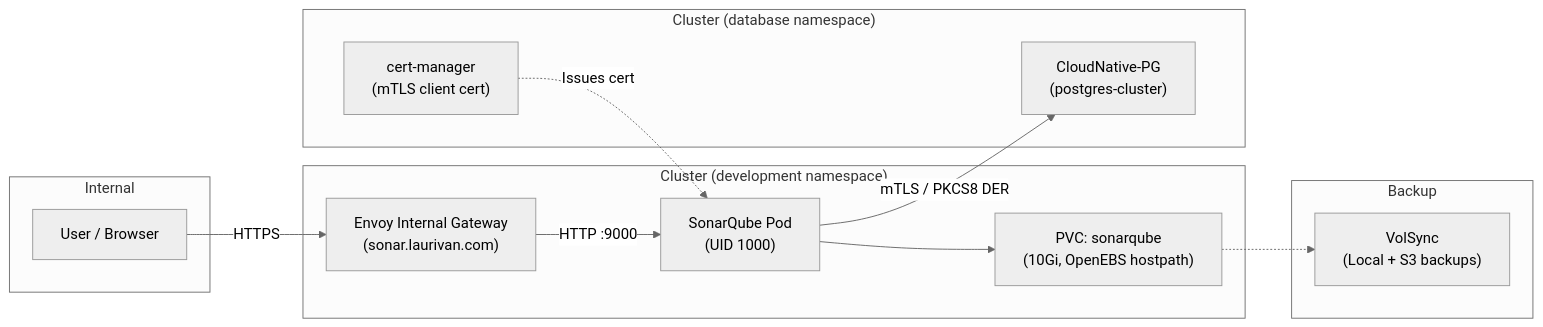
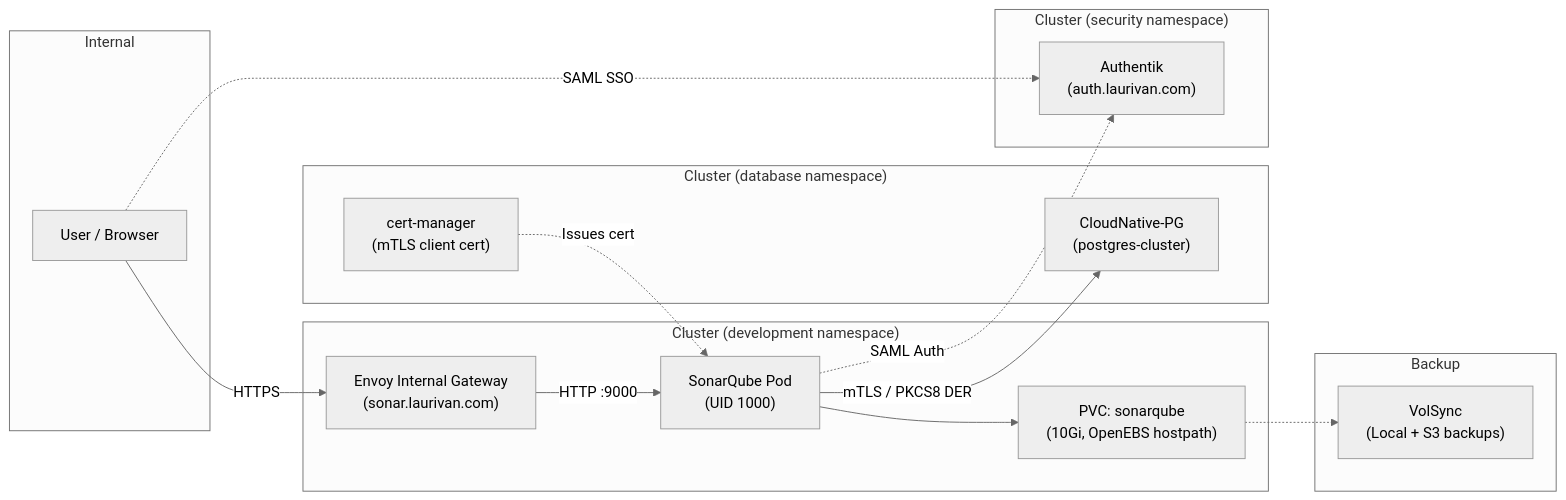
One commit to equinoxel/home-ops changed the diagram in kubernetes/apps/development/sonarqube/README.md. Above: the diagram before and after it, drawn with Mermaid (neutral theme). The commit also changed other lines of this file, not shown here.

Commit message:
docs(sonarqube): add Authentik SAML integration guide

````diff
--- a/kubernetes/apps/development/sonarqube/README.md
+++ b/kubernetes/apps/development/sonarqube/README.md
@@ -7,28 +7,34 @@
 ```mermaid
 graph LR
     subgraph Internal
         User["User / Browser"]
     end
 
     subgraph "Cluster (development namespace)"
         Gateway["Envoy Internal Gateway<br/>(sonar.laurivan.com)"]
         SonarQube["SonarQube Pod<br/>(UID 1000)"]
         PVC["PVC: sonarqube<br/>(10Gi, OpenEBS hostpath)"]
     end
 
     subgraph "Cluster (database namespace)"
         CNPG["CloudNative-PG<br/>(postgres-cluster)"]
         CertManager["cert-manager<br/>(mTLS client cert)"]
     end
 
+    subgraph "Cluster (security namespace)"
+        Authentik["Authentik<br/>(auth.laurivan.com)"]
+    end
+
     subgraph Backup
         VolSync["VolSync<br/>(Local + S3 backups)"]
     end
 
     User -->|HTTPS| Gateway
     Gateway -->|HTTP :9000| SonarQube
+    User -.->|SAML SSO| Authentik
+    SonarQube -.->|SAML Auth| Authentik
     SonarQube -->|mTLS / PKCS8 DER| CNPG
     CertManager -.->|Issues cert| SonarQube
     SonarQube --> PVC
     PVC -.-> VolSync
 ```
````
